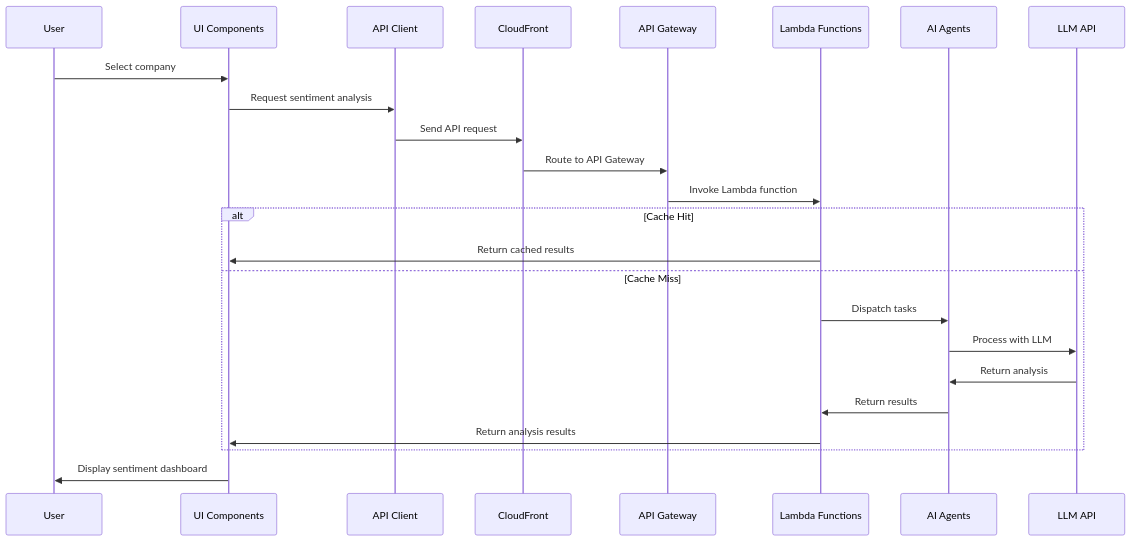
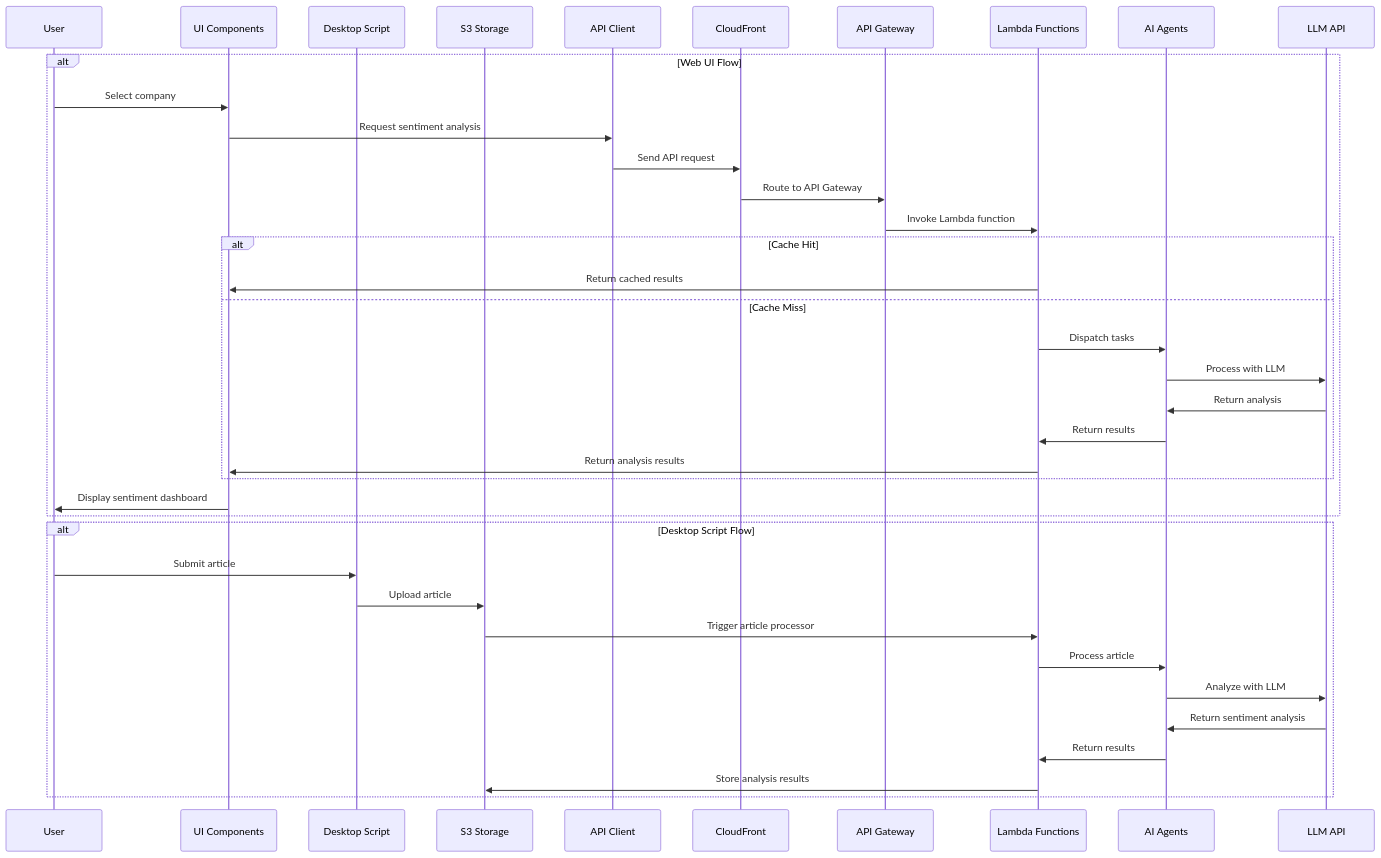
One commit to liamzdenek/hiive-application changed the second of 4 diagrams in memory-bank/systemPatterns.md. Above: the diagram before and after it, drawn with Mermaid. The commit also changed other lines of this file and 4 other files, not shown here.

````diff
--- a/memory-bank/systemPatterns.md
+++ b/memory-bank/systemPatterns.md
@@ -197,29 +227,44 @@
 ```mermaid
 sequenceDiagram
     participant User
     participant UI as UI Components
+    participant Desktop as Desktop Script
+    participant S3 as S3 Storage
     participant API as API Client
     participant CloudFront as CloudFront
     participant APIGateway as API Gateway
     participant Lambda as Lambda Functions
     participant Agents as AI Agents
     participant LLM as LLM API
     
-    User->>UI: Select company
-    UI->>API: Request sentiment analysis
-    API->>CloudFront: Send API request
-    CloudFront->>APIGateway: Route to API Gateway
-    APIGateway->>Lambda: Invoke Lambda function
-    
-    alt Cache Hit
-        Lambda->>UI: Return cached results
-    else Cache Miss
-        Lambda->>Agents: Dispatch tasks
-        Agents->>LLM: Process with LLM
-        LLM->>Agents: Return analysis
-        Agents->>Lambda: Return results
-        Lambda->>UI: Return analysis results
+    alt Web UI Flow
+        User->>UI: Select company
+        UI->>API: Request sentiment analysis
+        API->>CloudFront: Send API request
+        CloudFront->>APIGateway: Route to API Gateway
+        APIGateway->>Lambda: Invoke Lambda function
+        
+        alt Cache Hit
+            Lambda->>UI: Return cached results
+        else Cache Miss
+            Lambda->>Agents: Dispatch tasks
+            Agents->>LLM: Process with LLM
+            LLM->>Agents: Return analysis
+            Agents->>Lambda: Return results
+            Lambda->>UI: Return analysis results
+        end
+        
+        UI->>User: Display sentiment dashboard
     end
     
-    UI->>User: Display sentiment dashboard
+    alt Desktop Script Flow
+        User->>Desktop: Submit article
+        Desktop->>S3: Upload article
+        S3->>Lambda: Trigger article processor
+        Lambda->>Agents: Process article
+        Agents->>LLM: Analyze with LLM
+        LLM->>Agents: Return sentiment analysis
+        Agents->>Lambda: Return results
+        Lambda->>S3: Store analysis results
+    end
 ```
````
